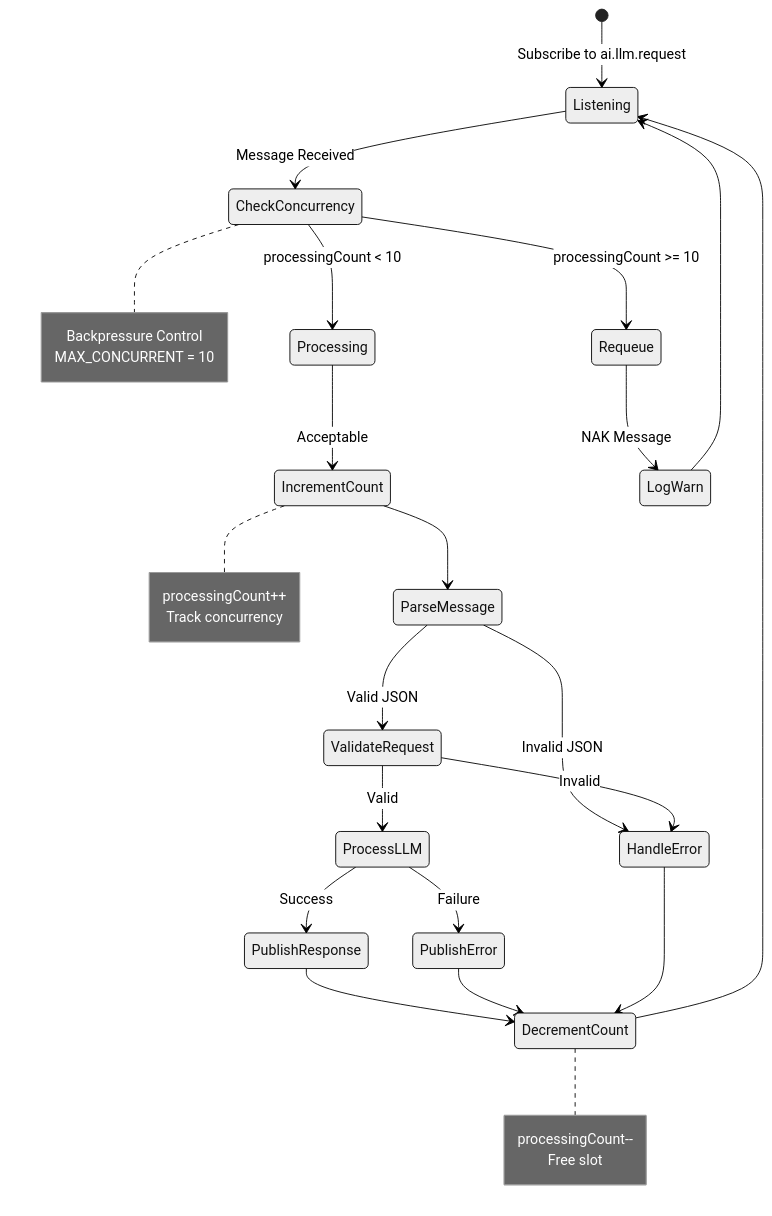
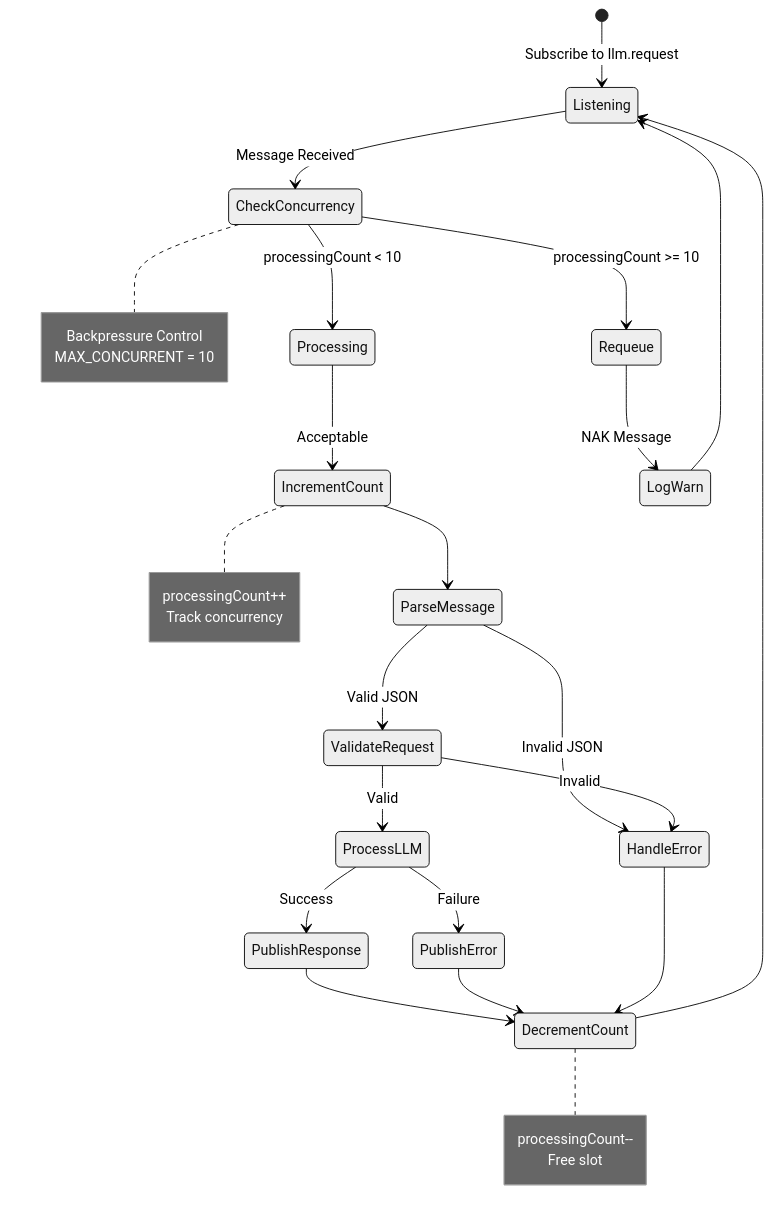
Before and after one commit to mikkihugo/ex_llm: the sixth of 29 diagrams in docs/architecture/SYSTEM_FLOWS.md, drawn with Mermaid (neutral theme). The commit also changed other lines of this file and 9 other files, not shown here.

````diff
--- a/docs/architecture/SYSTEM_FLOWS.md
+++ b/docs/architecture/SYSTEM_FLOWS.md
@@ -284,45 +284,45 @@
 ```mermaid
 stateDiagram-v2
-    [*] --> Listening: Subscribe to ai.llm.request
+    [*] --> Listening: Subscribe to llm.request
     
     Listening --> CheckConcurrency: Message Received
     
     CheckConcurrency --> Processing: processingCount < 10
     CheckConcurrency --> Requeue: processingCount >= 10
     
     Processing --> IncrementCount: Acceptable
     IncrementCount --> ParseMessage
     
     ParseMessage --> ValidateRequest: Valid JSON
     ParseMessage --> HandleError: Invalid JSON
     
     ValidateRequest --> ProcessLLM: Valid
     ValidateRequest --> HandleError: Invalid
     
     ProcessLLM --> PublishResponse: Success
     ProcessLLM --> PublishError: Failure
     
     PublishResponse --> DecrementCount
     PublishError --> DecrementCount
     HandleError --> DecrementCount
     
     DecrementCount --> Listening
     
     Requeue --> LogWarn: NAK Message
     LogWarn --> Listening
     
     note right of CheckConcurrency
         Backpressure Control
         MAX_CONCURRENT = 10
     end note
     
     note right of IncrementCount
         processingCount++
         Track concurrency
     end note
     
     note right of DecrementCount
         processingCount--
         Free slot
     end note
 ```
````
